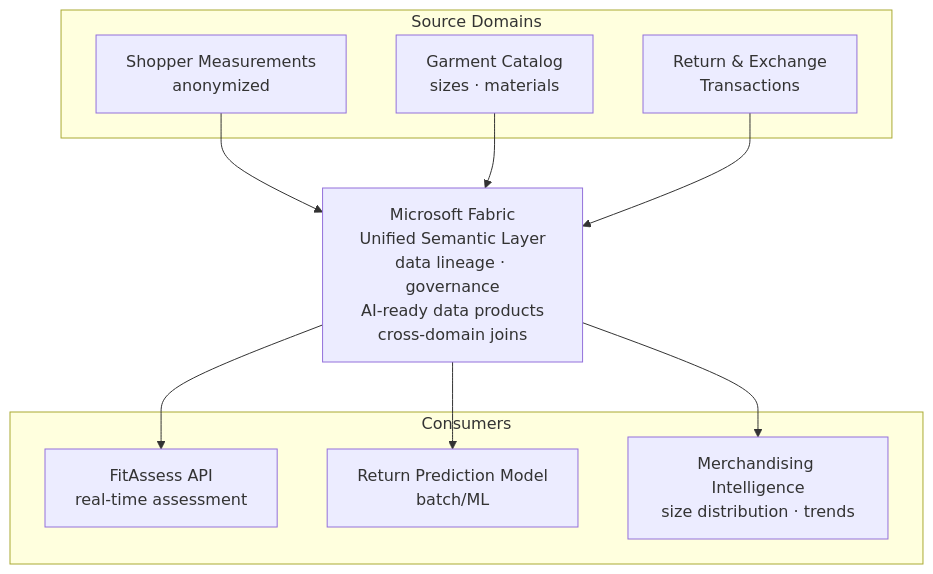
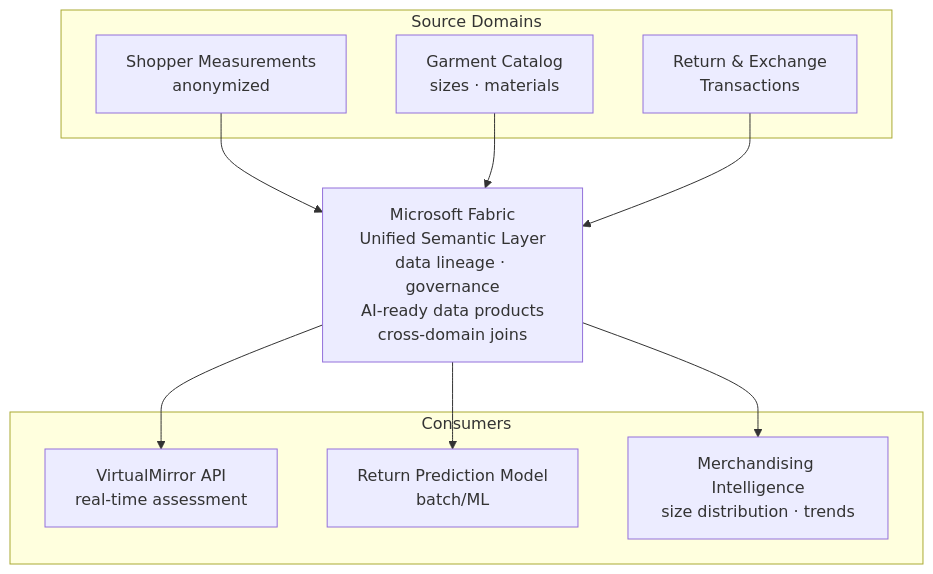
Diagram 11 of 12 in docs/architecture/diagrams-mermaid.md (akhayash/RetailTeam-workshop), drawn with Mermaid before and after one commit. The commit also changed other lines of this file and 14 other files, not shown here.

First line of the commit message:
docs: rename FitAssess to VirtualMirror across all project docs

````diff
--- a/docs/architecture/diagrams-mermaid.md
+++ b/docs/architecture/diagrams-mermaid.md
@@ -448,23 +448,23 @@
 ```mermaid
 graph TB
     subgraph Source Domains
         Shoppers[Shopper Measurements<br/>anonymized]
         Garments[Garment Catalog<br/>sizes · materials]
         Returns[Return & Exchange<br/>Transactions]
     end
 
     Fabric[Microsoft Fabric<br/>Unified Semantic Layer<br/>data lineage · governance<br/>AI-ready data products<br/>cross-domain joins]
 
     subgraph Consumers
-        FitAPI[FitAssess API<br/>real-time assessment]
+        FitAPI[VirtualMirror API<br/>real-time assessment]
         ReturnModel[Return Prediction Model<br/>batch/ML]
         Merch[Merchandising Intelligence<br/>size distribution · trends]
     end
 
     Shoppers --> Fabric
     Garments --> Fabric
     Returns --> Fabric
     Fabric --> FitAPI
     Fabric --> ReturnModel
     Fabric --> Merch
 ```
````
